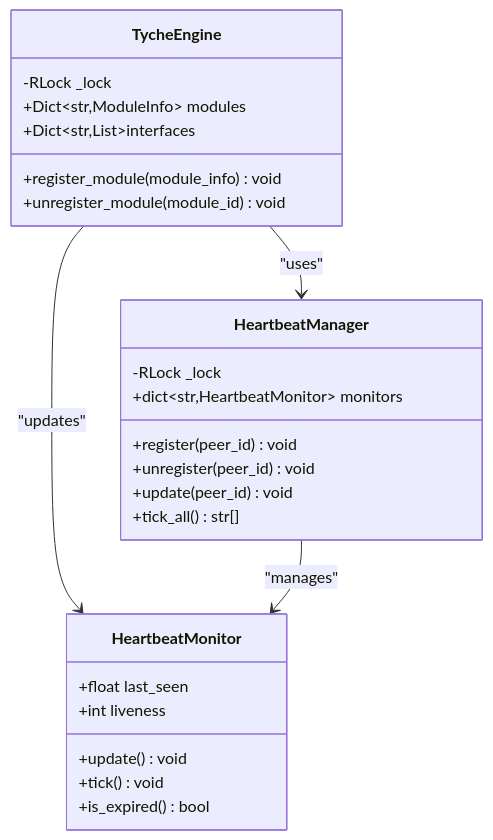
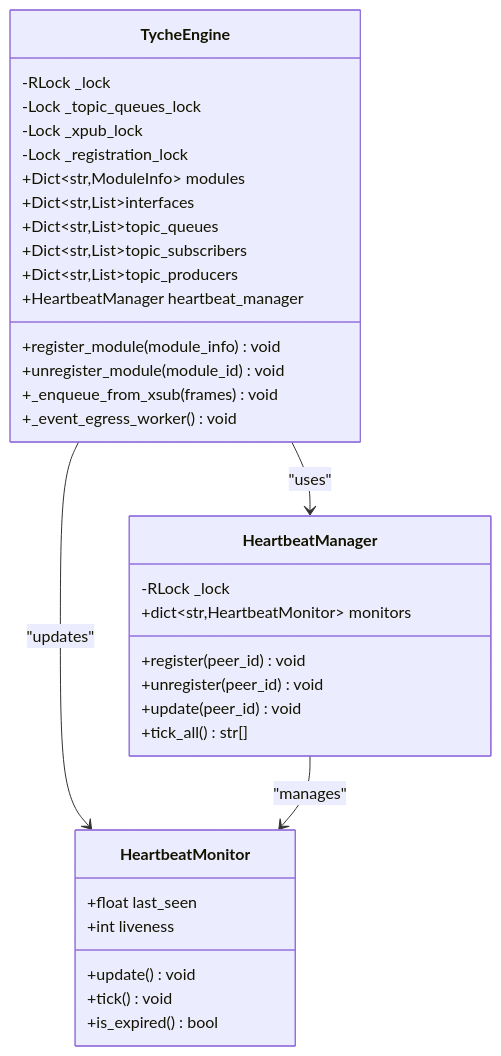
The sixth of 12 diagrams in .qoder/repowiki/en/content/Core Components/TycheEngine - Central Broker.md (zt281/TycheEngine), drawn with Mermaid before and after one commit. The commit also changed other lines of this file and 34 other files, not shown here.

````diff
--- a/.qoder/repowiki/en/content/Core Components/TycheEngine - Central Broker.md
+++ b/.qoder/repowiki/en/content/Core Components/TycheEngine - Central Broker.md
@@ -354,28 +396,37 @@
 ```mermaid
 classDiagram
 class TycheEngine {
 -RLock _lock
+-Lock _topic_queues_lock
+-Lock _xpub_lock
+-Lock _registration_lock
 +Dict~str,ModuleInfo~ modules
 +Dict~str,List~interfaces
++Dict~str,List~topic_queues
++Dict~str,List~topic_subscribers
++Dict~str,List~topic_producers
++HeartbeatManager heartbeat_manager
 +register_module(module_info) void
 +unregister_module(module_id) void
++_enqueue_from_xsub(frames) void
++_event_egress_worker() void
 }
 class HeartbeatManager {
 -RLock _lock
 +dict~str,HeartbeatMonitor~ monitors
 +register(peer_id) void
 +unregister(peer_id) void
 +update(peer_id) void
 +tick_all() str[]
 }
 class HeartbeatMonitor {
 +float last_seen
 +int liveness
 +update() void
 +tick() void
 +is_expired() bool
 }
 TycheEngine --> HeartbeatManager : "uses"
 TycheEngine --> HeartbeatMonitor : "updates"
 HeartbeatManager --> HeartbeatMonitor : "manages"
 ```
````
